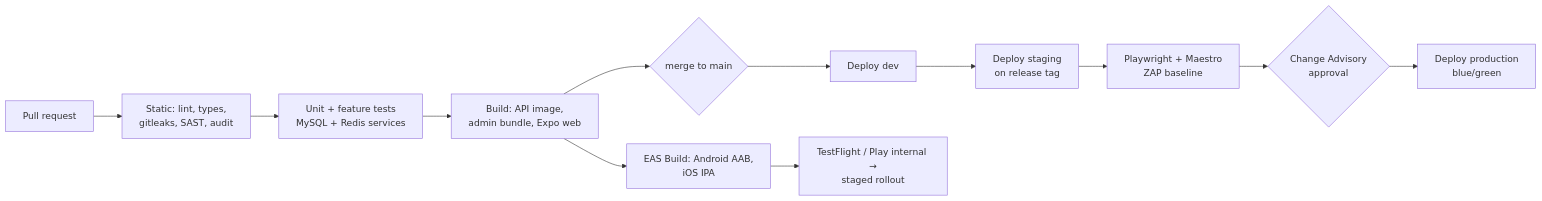
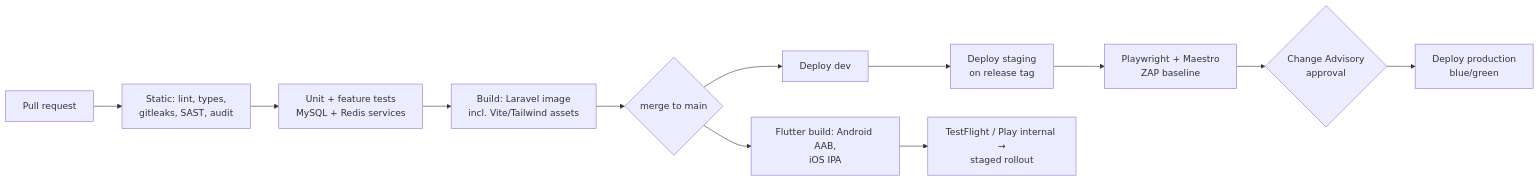
Before and after one commit to halfasalum/tax-club: the diagram in docs/08-devops-and-deployment.md, drawn with Mermaid. The commit also changed other lines of this file and 102 other files, not shown here.

First line of the commit message:
Move web to server-rendered Laravel 13 with Livewire and Tailwind

````diff
--- a/docs/08-devops-and-deployment.md
+++ b/docs/08-devops-and-deployment.md
@@ -11,14 +11,14 @@
 ```mermaid
 flowchart LR
   PR[Pull request] --> S[Static: lint, types,<br/>gitleaks, SAST, audit]
   S --> T[Unit + feature tests<br/>MySQL + Redis services]
-  T --> B[Build: API image,<br/>admin bundle, Expo web]
+  T --> B[Build: Laravel image<br/>incl. Vite/Tailwind assets]
   B --> M{merge to main}
   M --> DEV[Deploy dev]
   DEV --> STG[Deploy staging<br/>on release tag]
   STG --> E2E[Playwright + Maestro<br/>ZAP baseline]
   E2E --> APP{Change Advisory<br/>approval}
   APP --> PROD[Deploy production<br/>blue/green]
-  B --> EAS[EAS Build: Android AAB,<br/>iOS IPA]
-  EAS --> STORE[TestFlight / Play internal →<br/>staged rollout]
+  M --> FL[Flutter build: Android AAB,<br/>iOS IPA]
+  FL --> STORE[TestFlight / Play internal →<br/>staged rollout]
 ```
````
